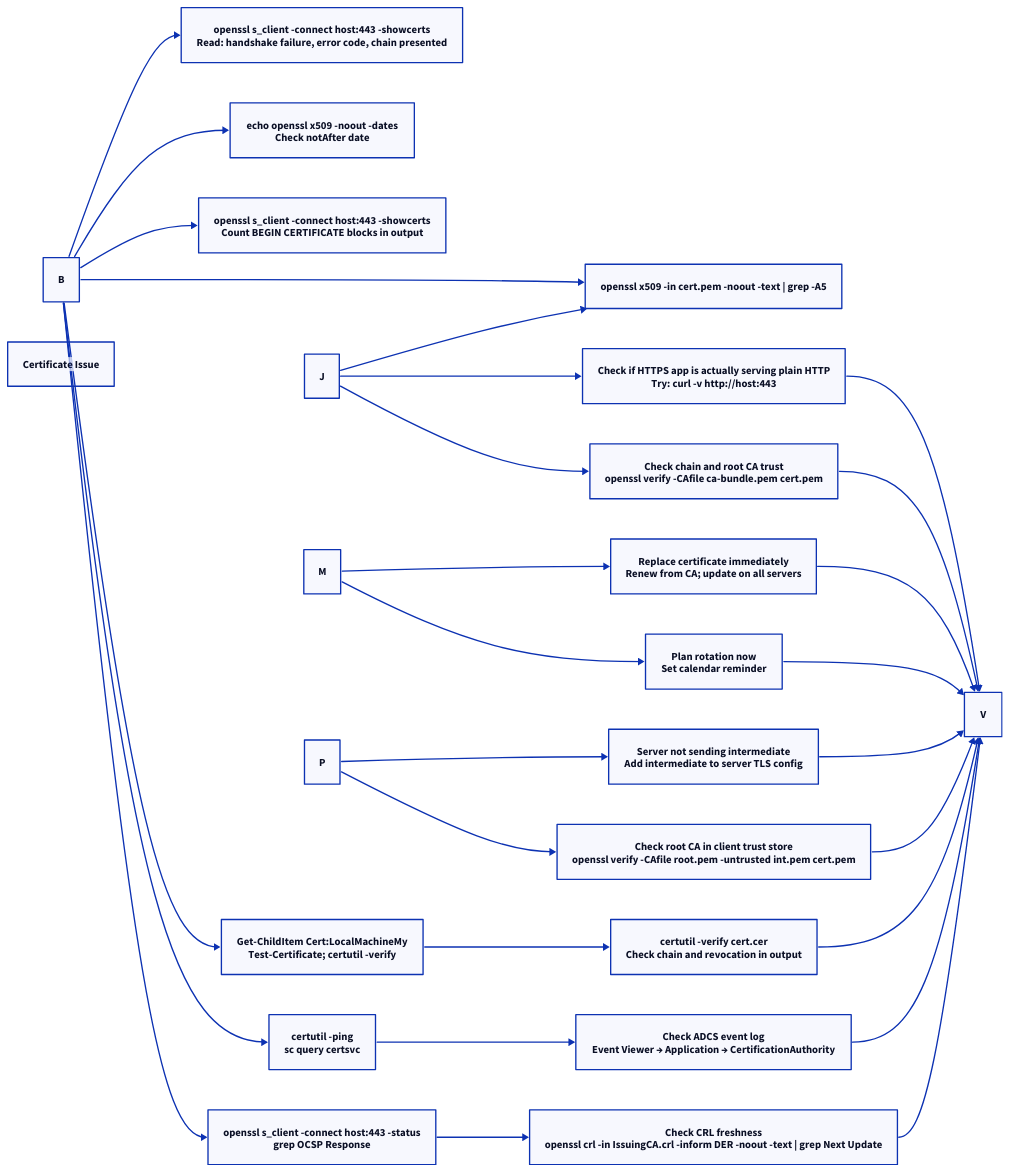
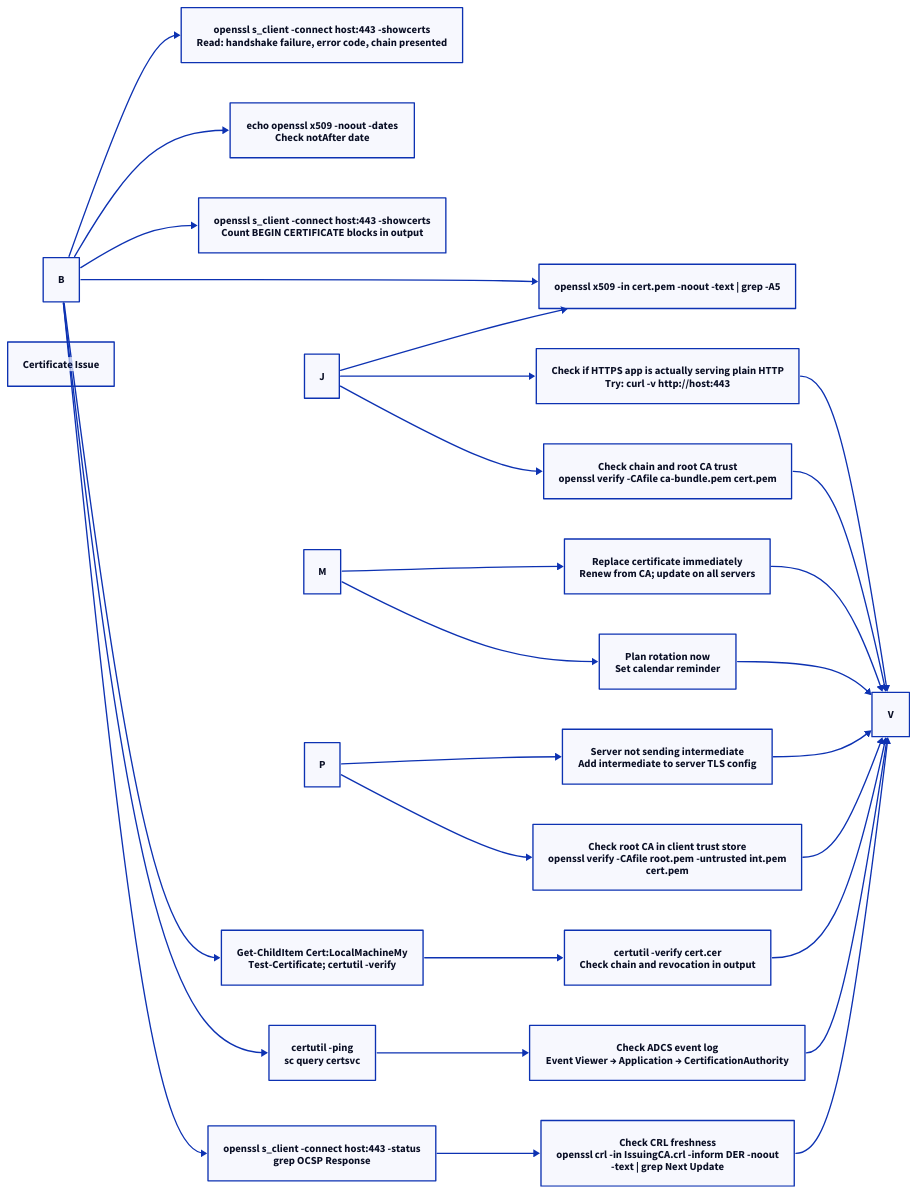
Before and after one commit to canast01/chris-kb: the first of 2 diagrams in docs/security/certificates/troubleshooting/diagnostics/index.md, drawn with D2. The commit also changed 192 other files, not shown here.

````diff
--- a/docs/security/certificates/troubleshooting/diagnostics/index.md
+++ b/docs/security/certificates/troubleshooting/diagnostics/index.md
@@ -16,53 +16,53 @@
 ```d2
 direction: right
 
 B: "B" {shape: rectangle}
 C: "openssl s_client -connect host:443 -showcerts\nRead: handshake failure, error code, chain presented" {shape: rectangle}
 D: "echo  openssl x509 -noout -dates\nCheck notAfter date" {shape: rectangle}
 E: "openssl x509 -in cert.pem -noout -text | grep -A5" {shape: rectangle}
 F: "openssl s_client -connect host:443 -showcerts\nCount BEGIN CERTIFICATE blocks in output" {shape: rectangle}
 G: "Get-ChildItem Cert:\LocalMachine\My\nTest-Certificate; certutil -verify" {shape: rectangle}
 H: "certutil -ping\nsc query certsvc" {shape: rectangle}
 I: "openssl s_client -connect host:443 -status\ngrep OCSP Response" {shape: rectangle}
 J: "J" {shape: rectangle}
 K: "Check if HTTPS app is actually serving plain HTTP\nTry: curl -v http://host:443" {shape: rectangle}
 L: "Check chain and root CA trust\nopenssl verify -CAfile ca-bundle.pem cert.pem" {shape: rectangle}
 M: "M" {shape: rectangle}
 N: "Replace certificate immediately\nRenew from CA; update on all servers" {shape: rectangle}
 O: "Plan rotation now\nSet calendar reminder" {shape: rectangle}
 P: "P" {shape: rectangle}
 Q: "Server not sending intermediate\nAdd intermediate to server TLS config" {shape: rectangle}
-R: "Check root CA in client trust store\nopenssl verify -CAfile root.pem -untrusted int.pem cert.pem" {shape: rectangle}
+R: "Check root CA in client trust store\nopenssl verify -CAfile root.pem -untrusted int.pem\ncert.pem" {shape: rectangle}
 S: "certutil -verify cert.cer\nCheck chain and revocation in output" {shape: rectangle}
 T: "Check ADCS event log\nEvent Viewer → Application → CertificationAuthority" {shape: rectangle}
-U: "Check CRL freshness\nopenssl crl -in IssuingCA.crl -inform DER -noout -text | grep Next Update" {shape: rectangle}
+U: "Check CRL freshness\nopenssl crl -in IssuingCA.crl -inform DER -noout\n-text | grep Next Update" {shape: rectangle}
 V: "V" {shape: rectangle}
 A: "Certificate Issue" {shape: rectangle}
 
 B -> C
 B -> D
 B -> E
 B -> F
 B -> G
 B -> H
 B -> I
 J -> K
 J -> L
 J -> E
 M -> N
 M -> O
 P -> Q
 P -> R
 G -> S
 H -> T
 I -> U
 K -> V
 L -> V
 N -> V
 O -> V
 Q -> V
 R -> V
 S -> V
 T -> V
 U -> V
 ```
````
